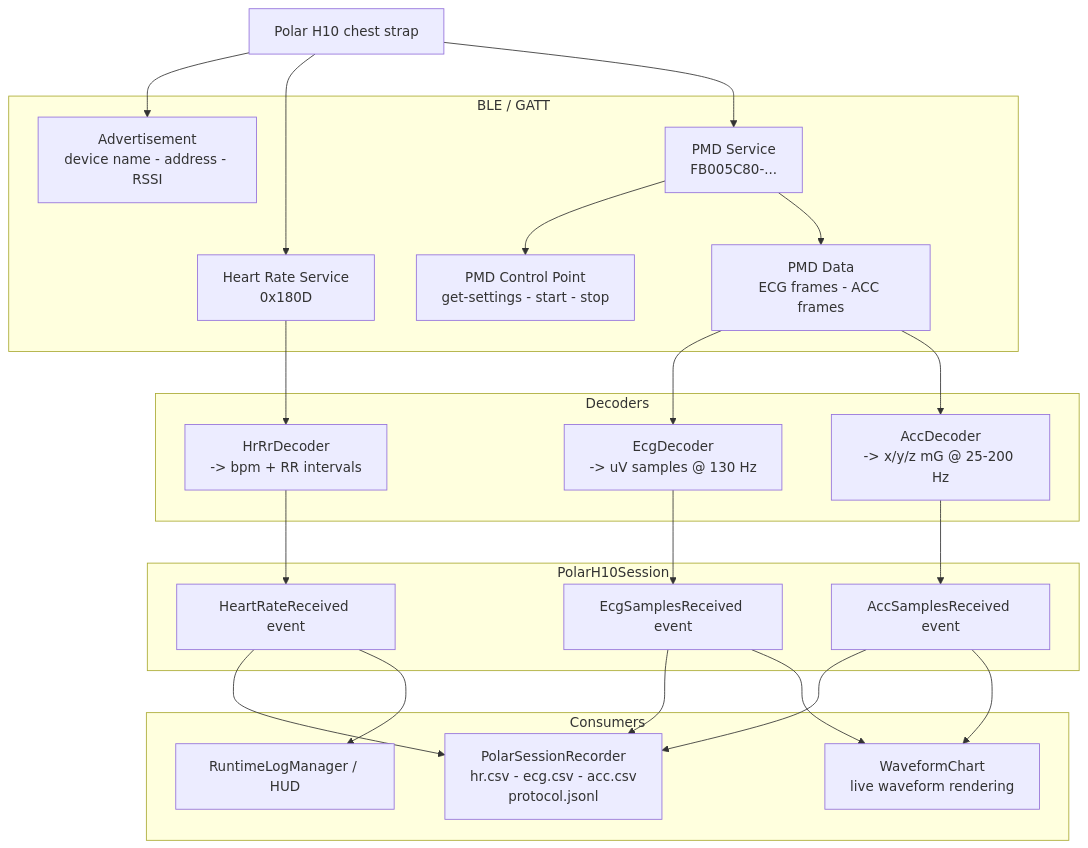
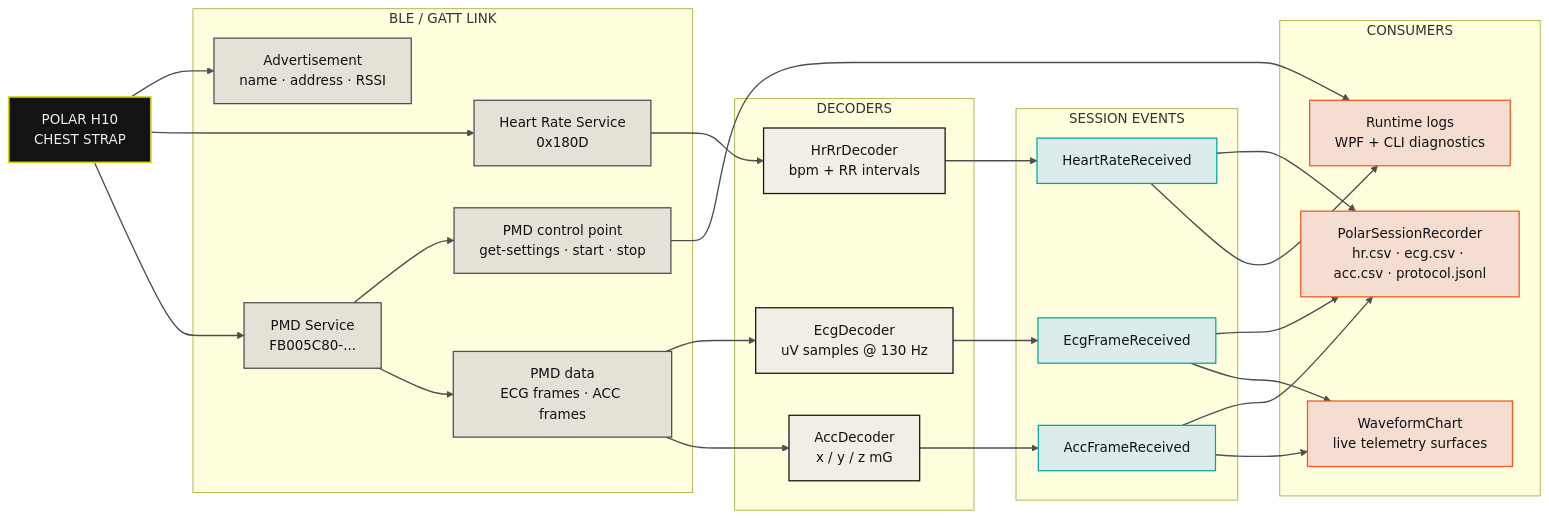
One commit to MesmerPrism/PolarH10 changed the diagram in docs/diagrams/data-flow.mmd. Above: the diagram before and after it, drawn with Mermaid. The commit also changed 21 other files, not shown here.

Commit message:
Tighten brutal UI preview and Mermaid docs

```diff
--- a/docs/diagrams/data-flow.mmd
+++ b/docs/diagrams/data-flow.mmd
@@ -1,48 +1,60 @@
-%% Data flow - from Polar H10 hardware through the stack to disk / UI
-%% Hand-authored
+%% Live data path from the Polar H10 into runtime consumers.
 
-flowchart TD
-    H10["Polar H10 chest strap"]
+flowchart LR
+    H10["POLAR H10<br/>CHEST STRAP"]
 
-    subgraph BLE["BLE / GATT"]
-        ADV["Advertisement\ndevice name - address - RSSI"]
-        HRS["Heart Rate Service\n0x180D"]
-        PMD["PMD Service\nFB005C80-..."]
-        CTRL["PMD Control Point\nget-settings - start - stop"]
-        DATA["PMD Data\nECG frames - ACC frames"]
+    subgraph Link["BLE / GATT LINK"]
+        ADV["Advertisement<br/>name · address · RSSI"]
+        HRS["Heart Rate Service<br/>0x180D"]
+        PMD["PMD Service<br/>FB005C80-..."]
+        CTRL["PMD control point<br/>get-settings · start · stop"]
+        DATA["PMD data<br/>ECG frames · ACC frames"]
     end
 
-    subgraph Decode["Decoders"]
-        DHR["HrRrDecoder\n-> bpm + RR intervals"]
-        DECG["EcgDecoder\n-> uV samples @ 130 Hz"]
-        DACC["AccDecoder\n-> x/y/z mG @ 25-200 Hz"]
+    subgraph Decode["DECODERS"]
+        DHR["HrRrDecoder<br/>bpm + RR intervals"]
+        DECG["EcgDecoder<br/>uV samples @ 130 Hz"]
+        DACC["AccDecoder<br/>x / y / z mG"]
     end
 
-    subgraph Session["PolarH10Session"]
-        SHR["HeartRateReceived event"]
-        SECG["EcgSamplesReceived event"]
-        SACC["AccSamplesReceived event"]
+    subgraph Session["SESSION EVENTS"]
+        SHR["HeartRateReceived"]
+        SECG["EcgFrameReceived"]
+        SACC["AccFrameReceived"]
     end
 
-    subgraph Output["Consumers"]
-        REC["PolarSessionRecorder\nhr.csv - ecg.csv - acc.csv\nprotocol.jsonl"]
-        CHART["WaveformChart\nlive waveform rendering"]
-        LOG["RuntimeLogManager / HUD"]
+    subgraph Output["CONSUMERS"]
+        REC["PolarSessionRecorder<br/>hr.csv · ecg.csv · acc.csv · protocol.jsonl"]
+        CHART["WaveformChart<br/>live telemetry surfaces"]
+        LOG["Runtime logs<br/>WPF + CLI diagnostics"]
     end
 
     H10 --> ADV
     H10 --> HRS
     H10 --> PMD
     PMD --> CTRL
     PMD --> DATA
 
     HRS --> DHR --> SHR
     DATA --> DECG --> SECG
     DATA --> DACC --> SACC
 
     SHR --> REC
     SECG --> REC
     SACC --> REC
     SHR --> LOG
     SECG --> CHART
     SACC --> CHART
+    CTRL --> LOG
+
+    classDef hardware fill:#111315,stroke:#D8D61A,color:#F1EEE6,stroke-width:2px;
+    classDef link fill:#E6E1D7,stroke:#4B4F52,color:#111315,stroke-width:1.5px;
+    classDef decode fill:#F1EEE6,stroke:#111315,color:#111315,stroke-width:1.5px;
+    classDef session fill:#DCECEB,stroke:#00A7A0,color:#111315,stroke-width:1.5px;
+    classDef output fill:#F6DDD2,stroke:#F05A22,color:#111315,stroke-width:1.5px;
+    class H10 hardware;
+    class ADV,HRS,PMD,CTRL,DATA link;
+    class DHR,DECG,DACC decode;
+    class SHR,SECG,SACC session;
+    class REC,CHART,LOG output;
+    linkStyle default stroke:#4B4F52,stroke-width:1.6px;
```
